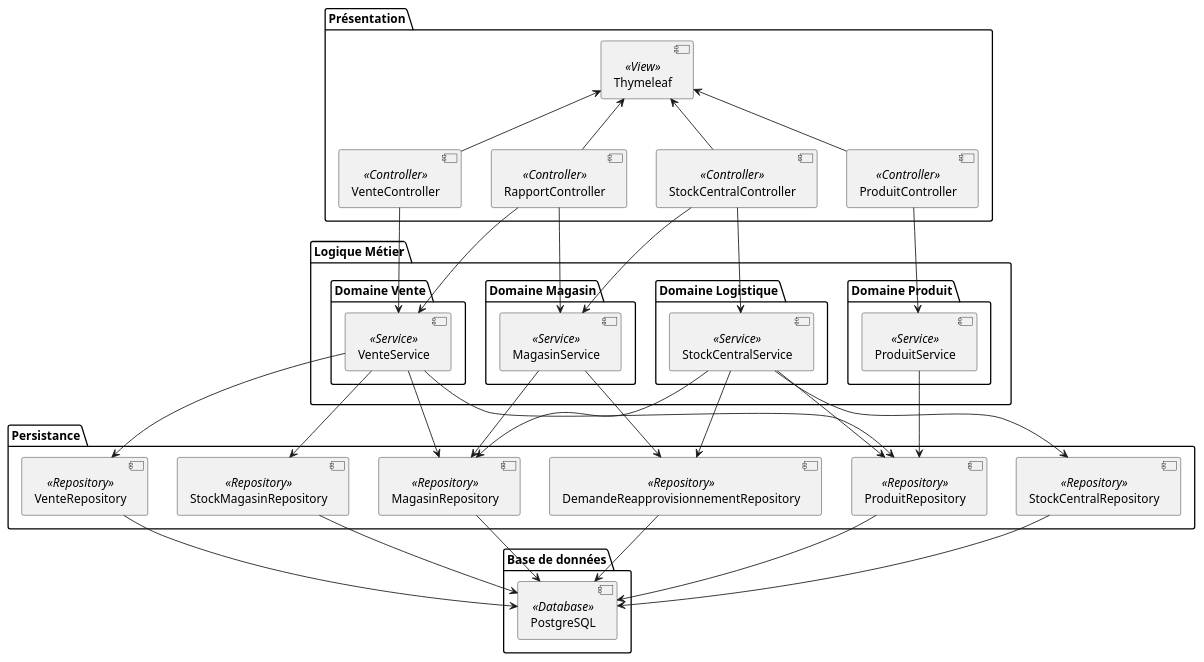
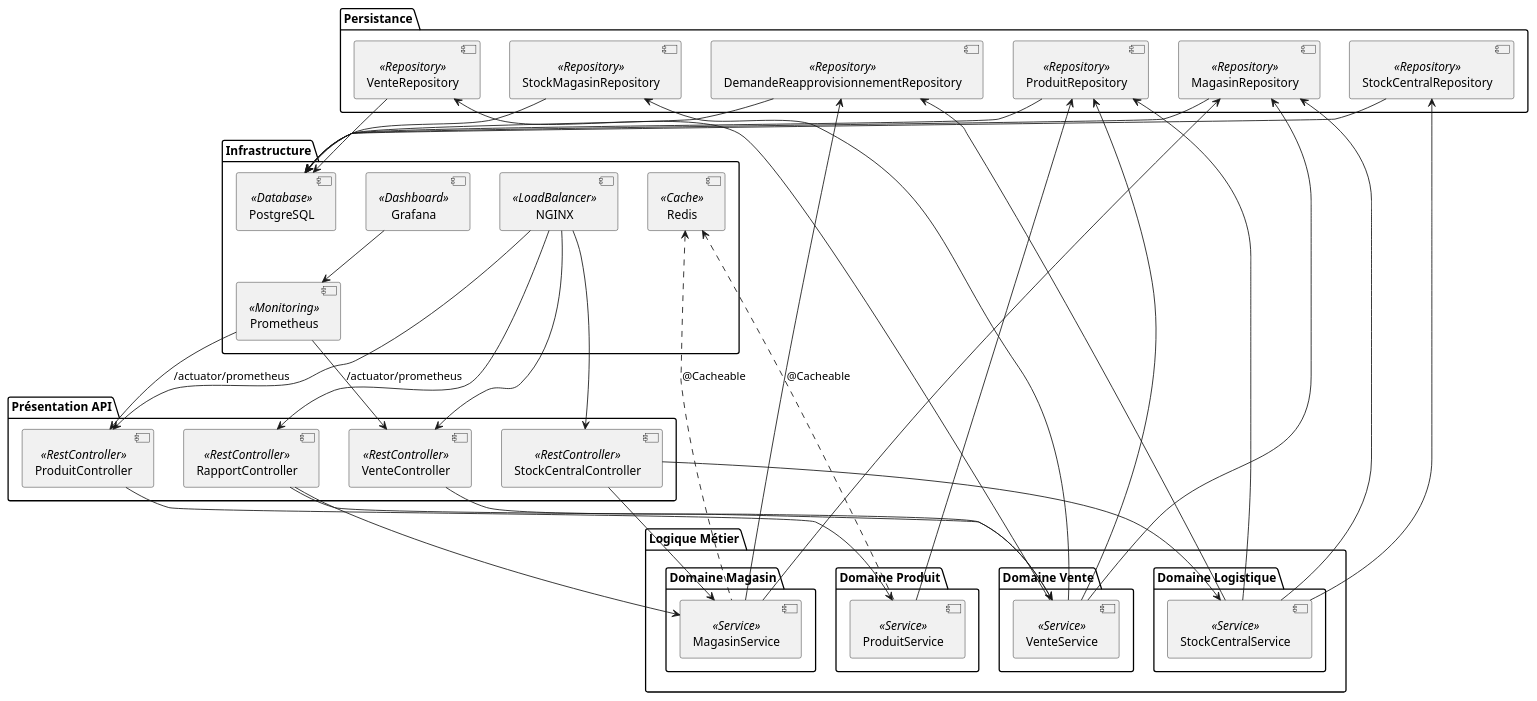
One commit to Anass1707/LOG430-labos changed the diagram in docs/UML/diagrammeComposants.puml. Above: the diagram before and after it, drawn with PlantUML. The commit also changed 8 other files, not shown here.

Commit message:
ajout de redis pour la cache et maj des diagrammes

```diff
--- a/docs/UML/diagrammeComposants.puml
+++ b/docs/UML/diagrammeComposants.puml
@@ -1,68 +1,82 @@
 @startuml
 
-package "Présentation" {
-  [VenteController] <<Controller>>
-  [RapportController] <<Controller>>
-  [StockCentralController] <<Controller>>
-  [ProduitController] <<Controller>>
-  [Thymeleaf] <<View>>
+package "Infrastructure" {
+  [NGINX] <<LoadBalancer>>
+  [Redis] <<Cache>>
+  [Prometheus] <<Monitoring>>
+  [Grafana] <<Dashboard>>
+  [PostgreSQL] <<Database>>
+}
+
+package "Présentation API" {
+  [VenteController] <<RestController>>
+  [RapportController] <<RestController>>
+  [StockCentralController] <<RestController>>
+  [ProduitController] <<RestController>>
 }
 
 package "Logique Métier" {
   package "Domaine Magasin" {
     [MagasinService] <<Service>>
   }
   package "Domaine Logistique" {
     [StockCentralService] <<Service>>
   }
   package "Domaine Vente" {
     [VenteService] <<Service>>
   }
   package "Domaine Produit" {
     [ProduitService] <<Service>>
   }
 }
 
 package "Persistance" {
   [MagasinRepository] <<Repository>>
   [VenteRepository] <<Repository>>
   [StockCentralRepository] <<Repository>>
   [DemandeReapprovisionnementRepository] <<Repository>>
   [ProduitRepository] <<Repository>>
   [StockMagasinRepository] <<Repository>>
 }
-package "Base de données" {
-  [PostgreSQL] <<Database>>
-}
-[VenteController] -up-> [Thymeleaf]
-[RapportController] -up-> [Thymeleaf]
-[StockCentralController] -up-> [Thymeleaf]
-[ProduitController] -up-> [Thymeleaf]
 
-[VenteController] --> [VenteService]
-[RapportController] --> [MagasinService]
-[StockCentralController] --> [MagasinService]
-[RapportController] --> [VenteService]
-[StockCentralController] --> [StockCentralService]
-[ProduitController] --> [ProduitService]
+' --- Relations ---
 
+[NGINX] -down-> [VenteController]
+[NGINX] -down-> [RapportController]
+[NGINX] -down-> [StockCentralController]
+[NGINX] -down-> [ProduitController]
 
-[MagasinService] --> [MagasinRepository]
-[MagasinService] --> [DemandeReapprovisionnementRepository]
-[StockCentralService] --> [StockCentralRepository]
-[StockCentralService] --> [DemandeReapprovisionnementRepository]
-[StockCentralService] --> [ProduitRepository]
-[StockCentralService] --> [MagasinRepository]
-[VenteService] --> [VenteRepository]
-[VenteService] --> [MagasinRepository]
-[VenteService] --> [ProduitRepository]
-[VenteService] --> [StockMagasinRepository]
-[ProduitService] --> [ProduitRepository]
+[Prometheus] --> [VenteController] : /actuator/prometheus
+[Prometheus] --> [ProduitController] : /actuator/prometheus
+[Grafana] --> [Prometheus]
 
-[MagasinRepository] --> [PostgreSQL]
-[VenteRepository] --> [PostgreSQL]
-[StockCentralRepository] --> [PostgreSQL]
-[DemandeReapprovisionnementRepository] --> [PostgreSQL]
-[ProduitRepository] --> [PostgreSQL]
-[StockMagasinRepository] --> [PostgreSQL]
+[Redis] <.. [MagasinService] : @Cacheable
+[Redis] <.. [ProduitService] : @Cacheable
+
+[VenteController] -down-> [VenteService]
+[RapportController] -down-> [MagasinService]
+[StockCentralController] -down-> [MagasinService]
+[RapportController] -down-> [VenteService]
+[StockCentralController] -down-> [StockCentralService]
+[ProduitController] -down-> [ProduitService]
+
+[MagasinService] -up-> [MagasinRepository]
+[MagasinService] -up-> [DemandeReapprovisionnementRepository]
+[StockCentralService] -up-> [StockCentralRepository]
+[StockCentralService] -up-> [DemandeReapprovisionnementRepository]
+[StockCentralService] -up-> [ProduitRepository]
+[StockCentralService] -up-> [MagasinRepository]
+[VenteService] -up-> [VenteRepository]
+[VenteService] -up-> [MagasinRepository]
+[VenteService] -up-> [ProduitRepository]
+[VenteService] -up-> [StockMagasinRepository]
+[ProduitService] -up-> [ProduitRepository]
+
+[MagasinRepository] -down-> [PostgreSQL]
+[VenteRepository] -down-> [PostgreSQL]
+[StockCentralRepository] -down-> [PostgreSQL]
+[DemandeReapprovisionnementRepository] -down-> [PostgreSQL]
+[ProduitRepository] -down-> [PostgreSQL]
+[StockMagasinRepository] -down-> [PostgreSQL]
+
 @enduml
```
